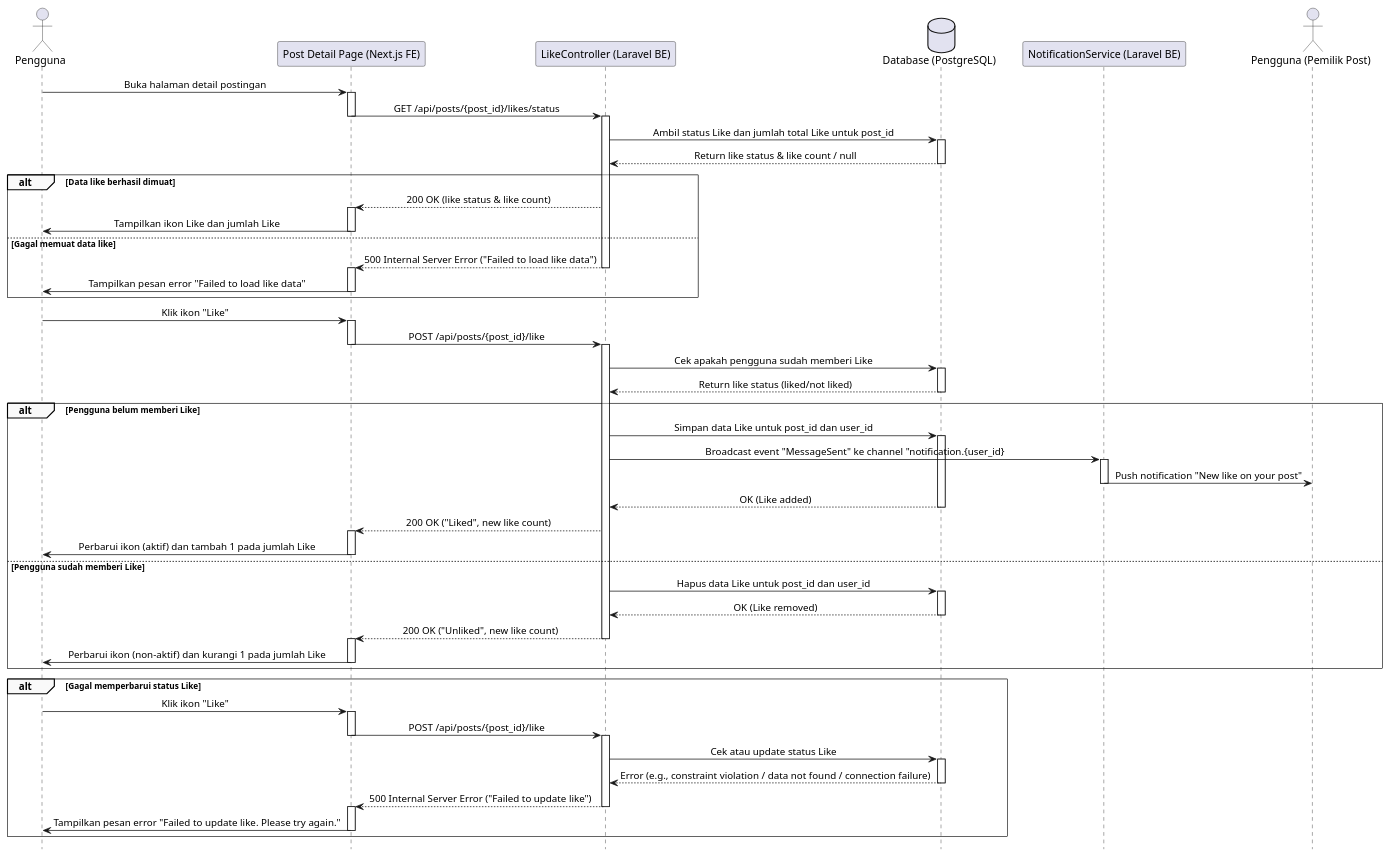
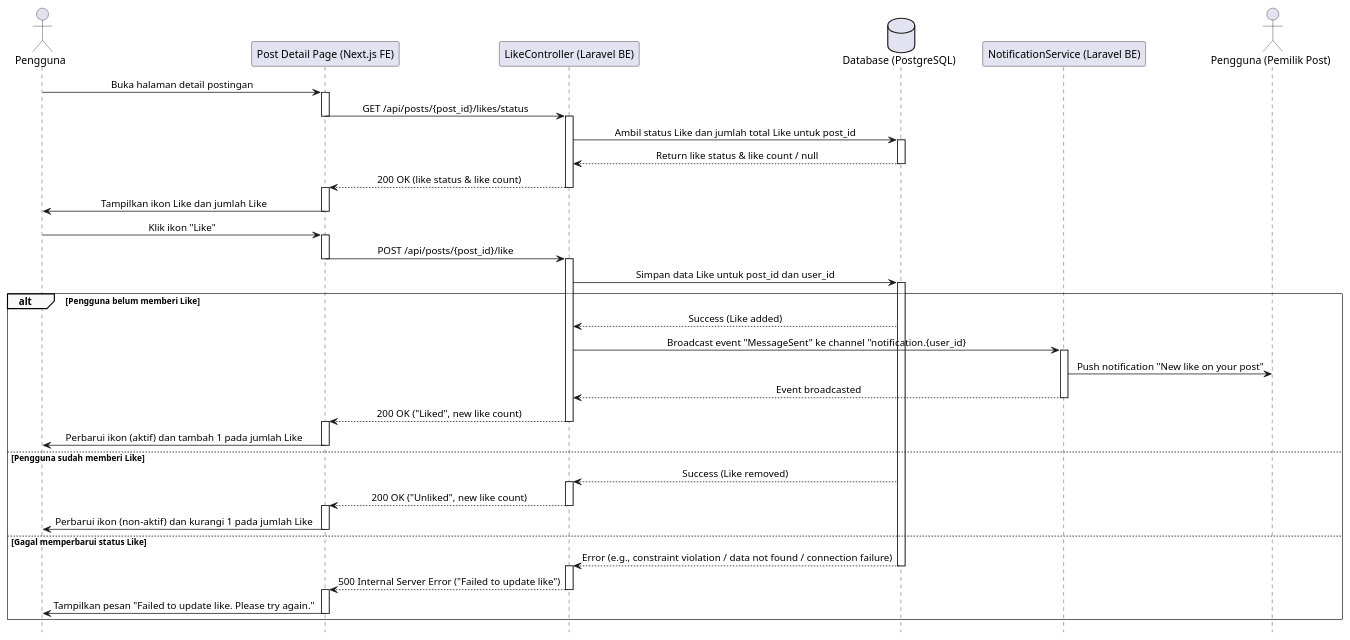
One commit to fadhel-rizanda/skripsi-plantuml changed the diagram in sequence/MengelolaLike.plantuml. Above: the diagram before and after it, drawn with PlantUML. The commit also changed 29 other files, not shown here.

```diff
--- a/sequence/MengelolaLike.plantuml
+++ b/sequence/MengelolaLike.plantuml
@@ -1,102 +1,83 @@
 @startuml
 ' === Styling ===
 skinparam sequence {
     LifelineFooterStrategy none
     MessageAlign center
     ArrowThickness 1
     ParticipantPadding 20
     GroupBorderThickness 0.5
     GroupBackgroundColor #F9F9F9
 }
 hide footbox
 
 ' === Participants ===
 actor Pengguna
 participant "Post Detail Page (Next.js FE)" as FE
 participant "LikeController (Laravel BE)" as BE
 database "Database (PostgreSQL)" as DB
 participant "NotificationService (Laravel BE)" as NS
 actor "Pengguna (Pemilik Post)" as FE_Adopter
 
 ' === Flow 1: Membuka Halaman Detail Post ===
 Pengguna -> FE: Buka halaman detail postingan
 activate FE
 FE -> BE: GET /api/posts/{post_id}/likes/status
 deactivate FE
 activate BE
 BE -> DB: Ambil status Like dan jumlah total Like untuk post_id
 activate DB
 DB --> BE: Return like status & like count / null
 deactivate DB
 
-alt Data like berhasil dimuat
     BE --> FE: 200 OK (like status & like count)
+    deactivate BE
     activate FE
     FE -> Pengguna: Tampilkan ikon Like dan jumlah Like
     deactivate FE
-else Gagal memuat data like
-    BE --> FE: 500 Internal Server Error ("Failed to load like data")
-    deactivate BE
-    activate FE
-    FE -> Pengguna: Tampilkan pesan error "Failed to load like data"
-    deactivate FE
-end
 
 
 ' === Flow 2: Mengklik Ikon Like ===
 Pengguna -> FE: Klik ikon "Like"
 activate FE
 FE -> BE: POST /api/posts/{post_id}/like
 deactivate FE
 activate BE
-BE -> DB: Cek apakah pengguna sudah memberi Like
-activate DB
-DB --> BE: Return like status (liked/not liked)
 deactivate DB
 
+    BE -> DB: Simpan data Like untuk post_id dan user_id
 alt Pengguna belum memberi Like
-    BE -> DB: Simpan data Like untuk post_id dan user_id
     activate DB
+    DB --> BE: Success (Like added)
     BE -> NS: Broadcast event "MessageSent" ke channel "notification.{user_id}
     activate NS
     NS -> FE_Adopter: Push notification "New like on your post"
+    NS --> BE: Event broadcasted
     deactivate NS
-    DB --> BE: OK (Like added)
-    deactivate DB
     BE --> FE: 200 OK ("Liked", new like count)
+    deactivate BE
     activate FE
     FE -> Pengguna: Perbarui ikon (aktif) dan tambah 1 pada jumlah Like
     deactivate FE
 
 else Pengguna sudah memberi Like
-    BE -> DB: Hapus data Like untuk post_id dan user_id
-    activate DB
-    DB --> BE: OK (Like removed)
-    deactivate DB
+    DB --> BE: Success (Like removed)
+    activate BE
     BE --> FE: 200 OK ("Unliked", new like count)
     deactivate BE
     activate FE
     FE -> Pengguna: Perbarui ikon (non-aktif) dan kurangi 1 pada jumlah Like
     deactivate FE
-end
-
 
 ' === Alternate Flow: Gagal Memperbarui Status Like ===
-alt Gagal memperbarui status Like
-    Pengguna -> FE: Klik ikon "Like"
-    activate FE
-    FE -> BE: POST /api/posts/{post_id}/like
-    deactivate FE
-    activate BE
-    BE -> DB: Cek atau update status Like
-    activate DB
+else Gagal memperbarui status Like
     DB --> BE: Error (e.g., constraint violation / data not found / connection failure)
     deactivate DB
+    activate BE
     BE --> FE: 500 Internal Server Error ("Failed to update like")
     deactivate BE
     activate FE
-    FE -> Pengguna: Tampilkan pesan error "Failed to update like. Please try again."
+    FE -> Pengguna: Tampilkan pesan "Failed to update like. Please try again."
     deactivate FE
 end
 
 @enduml
```
